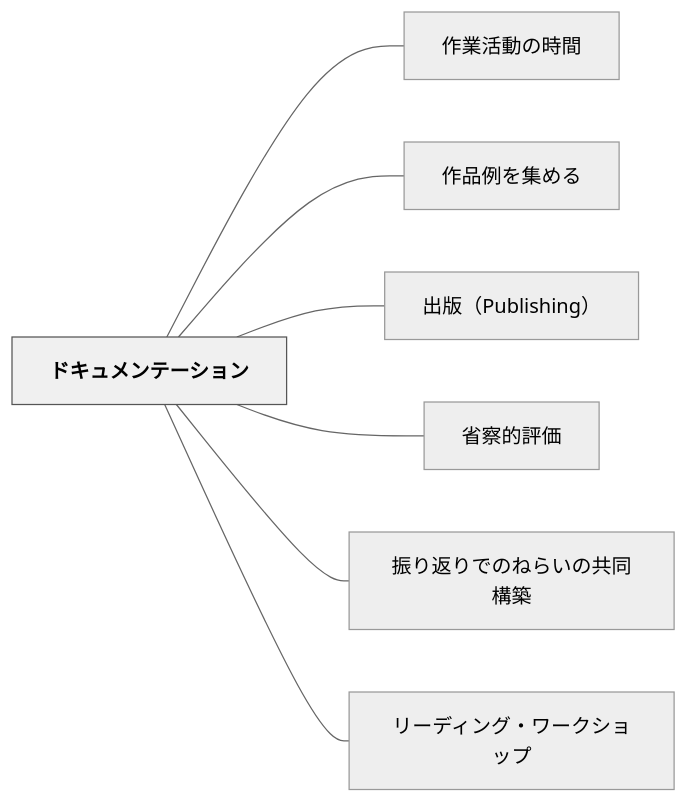
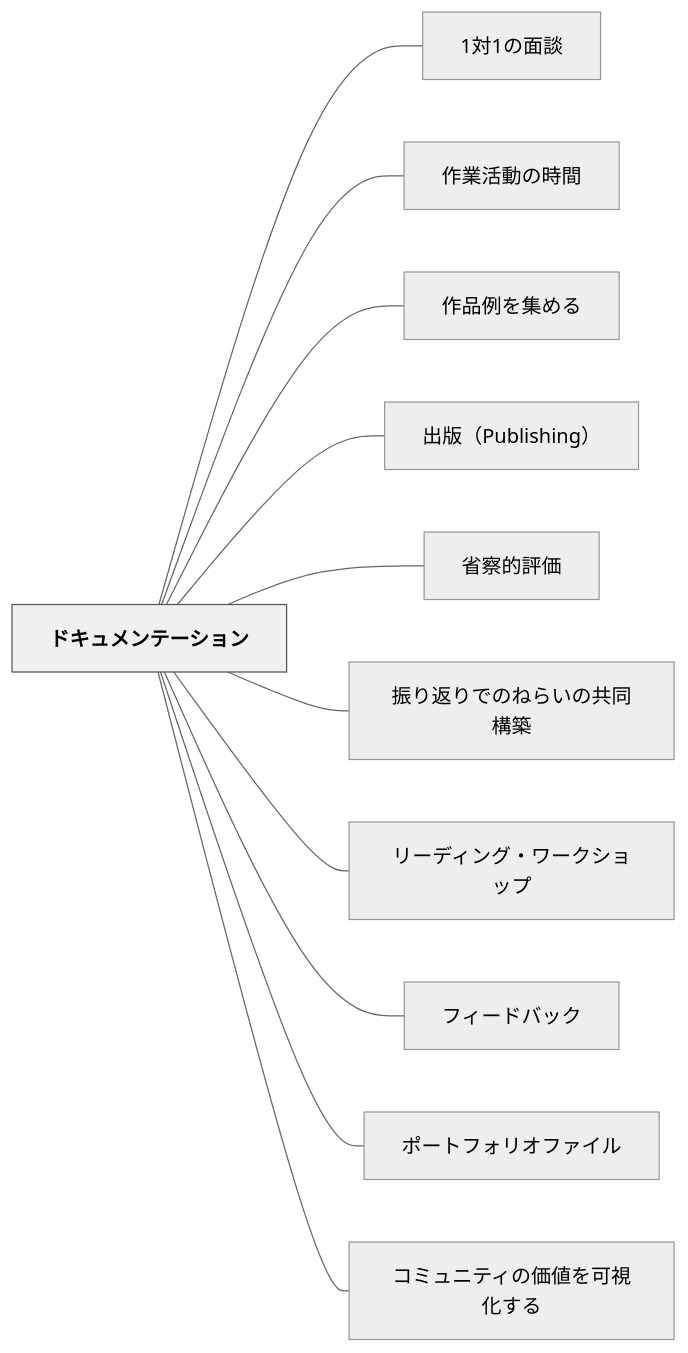
One commit to unknownthings-ed-patterns/unknownthings-ed-patterns changed the diagram in content/パタン/ドキュメンテーション.md. Above: the diagram before and after it, drawn with Mermaid (neutral theme). The commit also changed other lines of this file and 100 other files, not shown here.

````diff
--- a/content/パタン/ドキュメンテーション.md
+++ b/content/パタン/ドキュメンテーション.md
@@ -67,20 +66,28 @@
 ```mermaid
 flowchart LR
     ne38389e382ade383a5e383a1e383b3e38386e383bce382b7e383a7e383b3["ドキュメンテーション"]
+    n31e5afbe31e381aee99da2e8ab87["1対1の面談"]
     ne4bd9ce6a5ade6b4bbe58b95e381aee69982e99693["作業活動の時間"]
     ne4bd9ce59381e4be8be38292e99b86e38281e3828b["作品例を集める"]
     ne587bae78988efbc885075626c697368696e67efbc89["出版（Publishing）"]
     ne79c81e5af9fe79a84e8a995e4bea1["省察的評価"]
     ne68cafe3828ae8bf94e3828ae381a7e381aee381ade38289e38184e381aee585b1e5908ce6a78be7af89["振り返りでのねらいの共同構築"]
     ne383aae383bce38387e382a3e383b3e382b0e383bbe383afe383bce382afe382b7e383a7e38383e38397["リーディング・ワークショップ"]
+    ne38395e382a3e383bce38389e38390e38383e382af["フィードバック"]
+    ne3839de383bce38388e38395e382a9e383aae382aae38395e382a1e382a4e383ab["ポートフォリオファイル"]
+    ne382b3e3839fe383a5e3838be38386e382a3e381aee4bea1e580a4e38292e58fafe8a696e58c96e38199e3828b["コミュニティの価値を可視化する"]
 
+    ne38389e382ade383a5e383a1e383b3e38386e383bce382b7e383a7e383b3 --- n31e5afbe31e381aee99da2e8ab87
     ne38389e382ade383a5e383a1e383b3e38386e383bce382b7e383a7e383b3 --- ne4bd9ce6a5ade6b4bbe58b95e381aee69982e99693
     ne38389e382ade383a5e383a1e383b3e38386e383bce382b7e383a7e383b3 --- ne4bd9ce59381e4be8be38292e99b86e38281e3828b
     ne38389e382ade383a5e383a1e383b3e38386e383bce382b7e383a7e383b3 --- ne587bae78988efbc885075626c697368696e67efbc89
     ne38389e382ade383a5e383a1e383b3e38386e383bce382b7e383a7e383b3 --- ne79c81e5af9fe79a84e8a995e4bea1
     ne38389e382ade383a5e383a1e383b3e38386e383bce382b7e383a7e383b3 --- ne68cafe3828ae8bf94e3828ae381a7e381aee381ade38289e38184e381aee585b1e5908ce6a78be7af89
     ne38389e382ade383a5e383a1e383b3e38386e383bce382b7e383a7e383b3 --- ne383aae383bce38387e382a3e383b3e382b0e383bbe383afe383bce382afe382b7e383a7e38383e38397
+    ne38389e382ade383a5e383a1e383b3e38386e383bce382b7e383a7e383b3 --- ne38395e382a3e383bce38389e38390e38383e382af
+    ne38389e382ade383a5e383a1e383b3e38386e383bce382b7e383a7e383b3 --- ne3839de383bce38388e38395e382a9e383aae382aae38395e382a1e382a4e383ab
+    ne38389e382ade383a5e383a1e383b3e38386e383bce382b7e383a7e383b3 --- ne382b3e3839fe383a5e3838be38386e382a3e381aee4bea1e580a4e38292e58fafe8a696e58c96e38199e3828b
 
     classDef hub fill:#f0f0f0,stroke:#555,color:#000,font-weight:bold
     class ne38389e382ade383a5e383a1e383b3e38386e383bce382b7e383a7e383b3 hub
 ```
````
